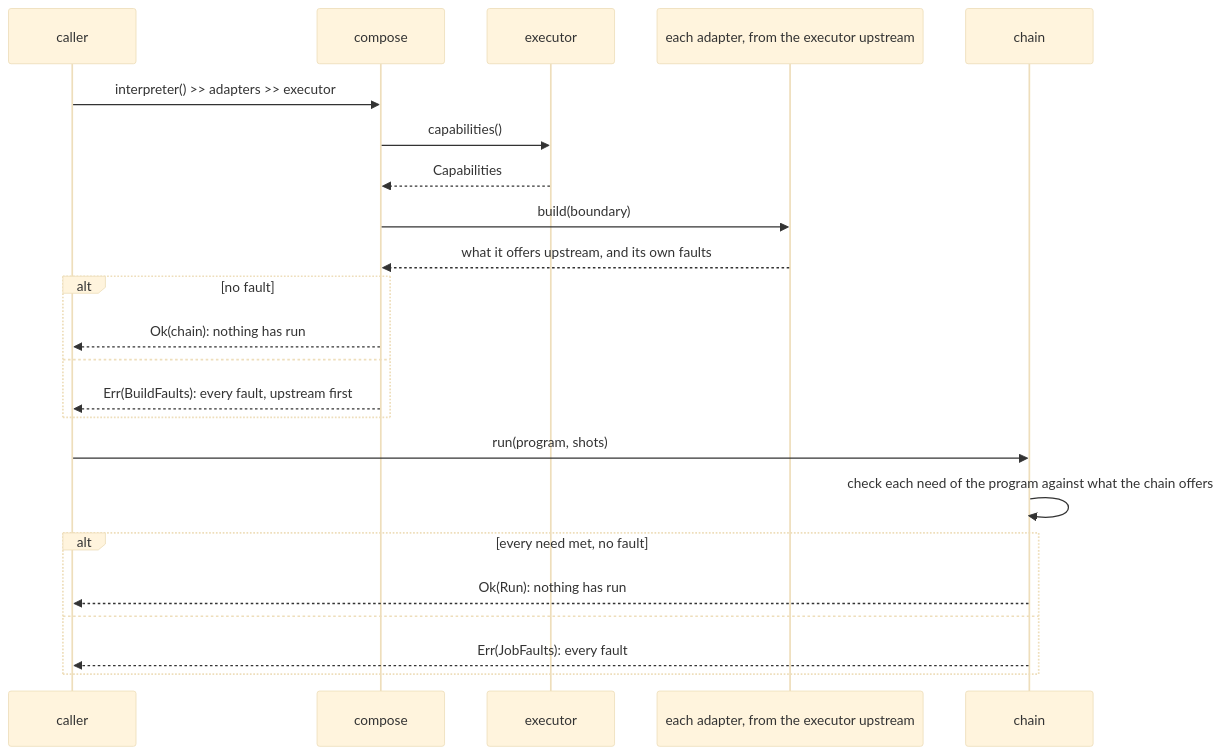
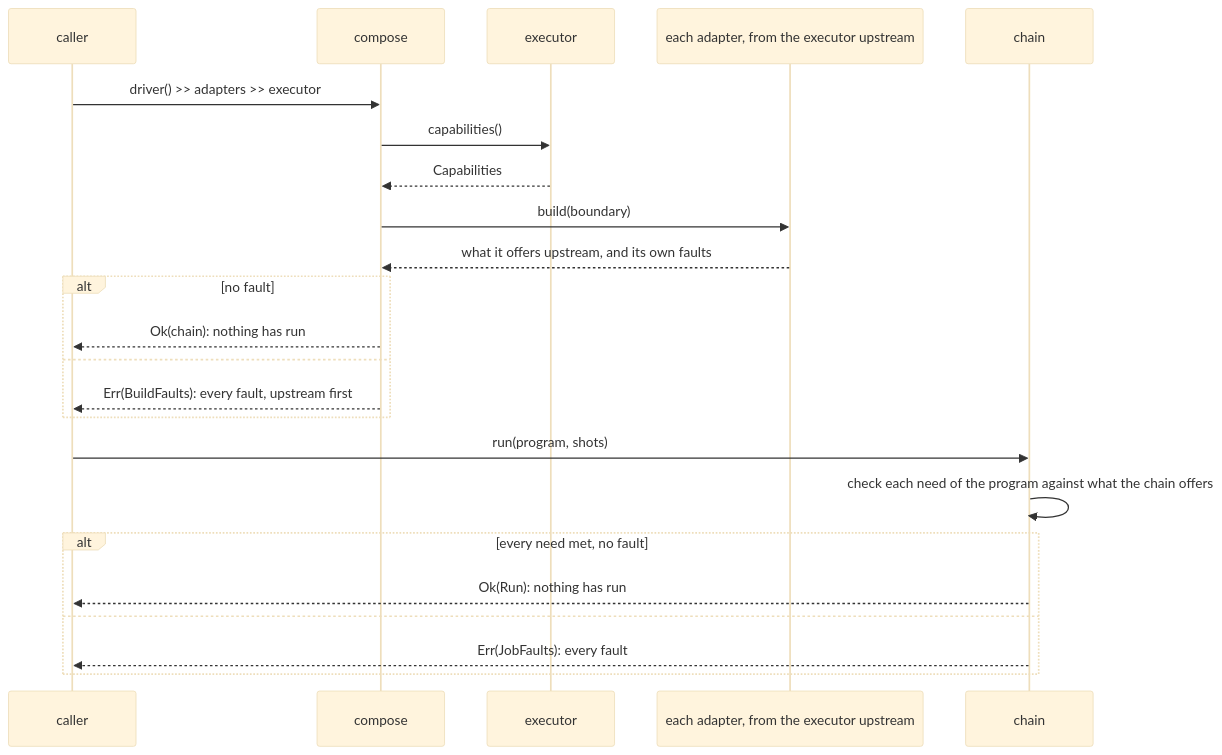
One commit to microsoft/qdk changed the first of 3 diagrams in source/executor_protocol/docs/executors.md. Above: the diagram before and after it, drawn with Mermaid (base theme). The commit also changed other lines of this file and 47 other files, not shown here.

````diff
--- a/source/executor_protocol/docs/executors.md
+++ b/source/executor_protocol/docs/executors.md
@@ -21,25 +21,25 @@
 ```mermaid
 sequenceDiagram
   participant C as caller
   participant P as compose
   participant E as executor
   participant A as each adapter, from the executor upstream
   participant H as chain
-  C->>P: interpreter() >> adapters >> executor
+  C->>P: driver() >> adapters >> executor
   P->>E: capabilities()
   E-->>P: Capabilities
   P->>A: build(boundary)
   A-->>P: what it offers upstream, and its own faults
   alt no fault
     P-->>C: Ok(chain): nothing has run
   else
     P-->>C: Err(BuildFaults): every fault, upstream first
   end
   C->>H: run(program, shots)
   H->>H: check each need of the program against what the chain offers
   alt every need met, no fault
     H-->>C: Ok(Run): nothing has run
   else
     H-->>C: Err(JobFaults): every fault
   end
 ```
````
